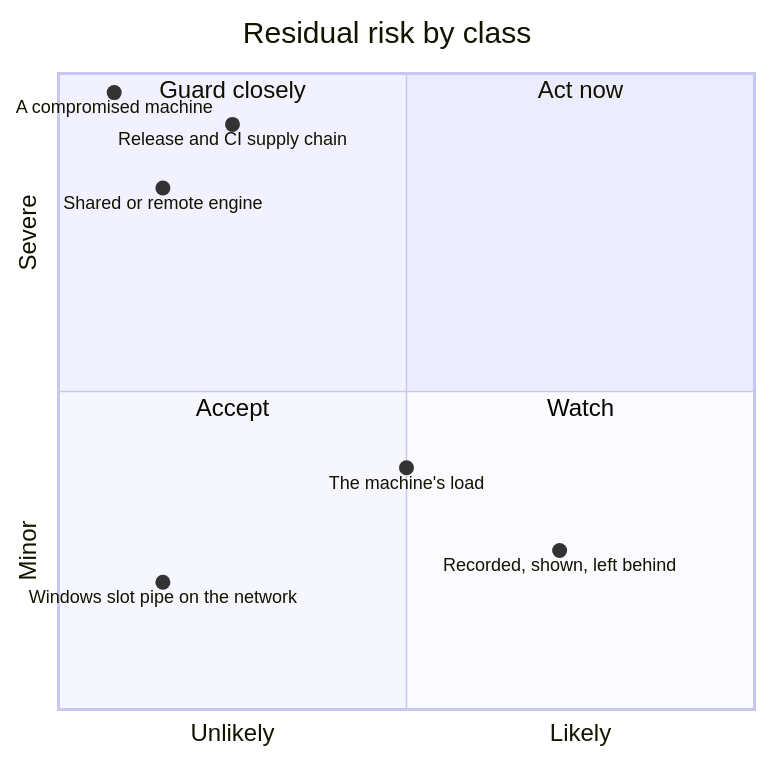
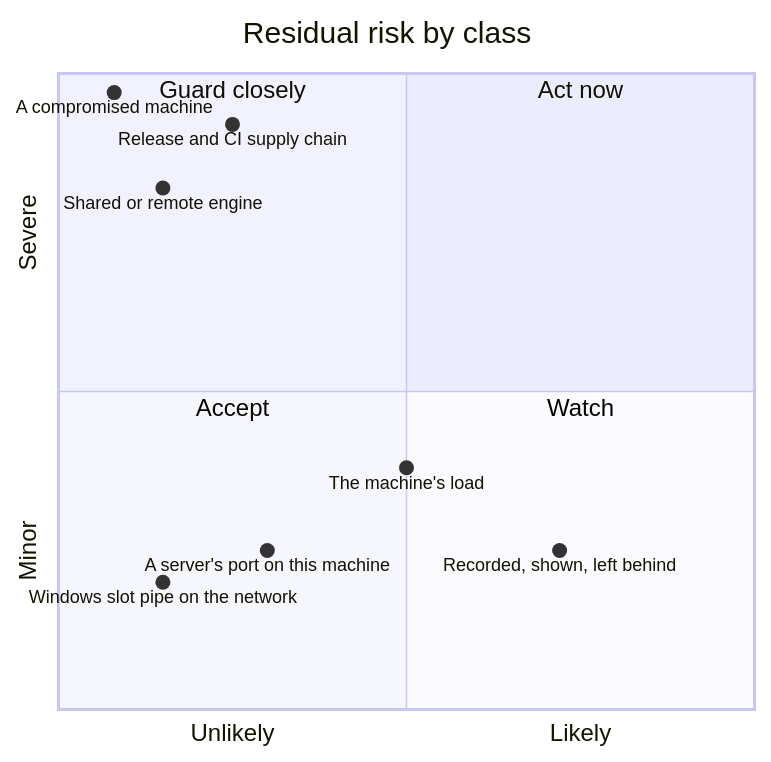
One commit to mephistopheles4/athanor changed the first of 2 diagrams in docs/threat-model.md. Above: the diagram before and after it, drawn with Mermaid. The commit also changed other lines of this file and 5 other files, not shown here.

````diff
--- a/docs/threat-model.md
+++ b/docs/threat-model.md
@@ -15,16 +15,17 @@
 ```mermaid
 quadrantChart
   title Residual risk by class
   x-axis Unlikely --> Likely
   y-axis Minor --> Severe
   quadrant-1 Act now
   quadrant-2 Guard closely
   quadrant-3 Accept
   quadrant-4 Watch
   Windows slot pipe on the network: [0.15, 0.20]
+  A server's port on this machine: [0.30, 0.25]
   A compromised machine: [0.08, 0.97]
   Shared or remote engine: [0.15, 0.82]
   The machine's load: [0.50, 0.38]
   Recorded, shown, left behind: [0.72, 0.25]
   Release and CI supply chain: [0.25, 0.92]
 ```
````
